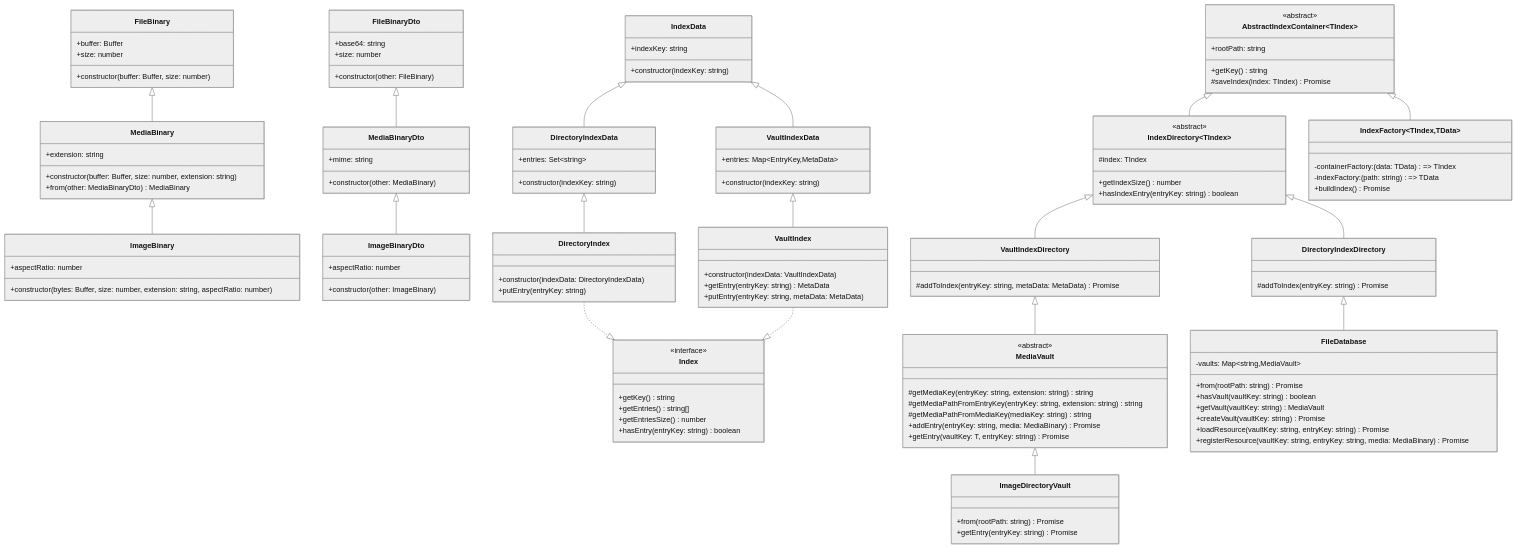
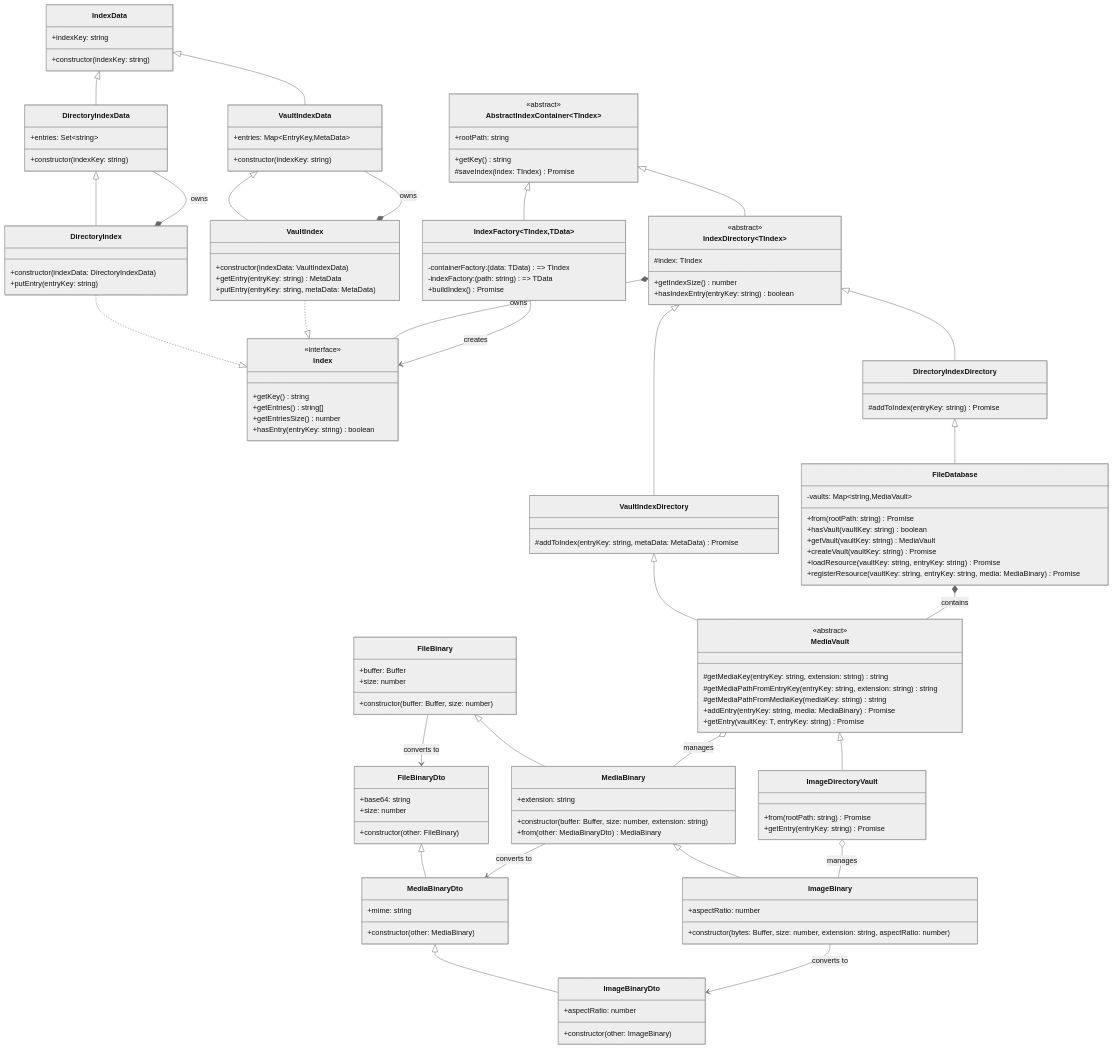
Before and after one commit to daniel-c-harvey/snailbird-content: the diagram in src/diagram.md, drawn with Mermaid (neutral theme). The commit also changed 12 other files, not shown here.

````diff
--- a/src/diagram.md
+++ b/src/diagram.md
@@ -126,7 +126,7 @@
         +registerResource(vaultKey: string, entryKey: string, media: MediaBinary) Promise
     }
 
-    %% Relationships
+    %% Inheritance Relationships (Existing)
     FileBinary <|-- MediaBinary
     MediaBinary <|-- ImageBinary
     FileBinaryDto <|-- MediaBinaryDto
@@ -148,4 +148,20 @@
     MediaVault <|-- ImageDirectoryVault
     
     DirectoryIndexDirectory <|-- FileDatabase
+
+    %% Composition Relationships (Strong "has-a")
+    FileDatabase *-- MediaVault : contains
+    IndexDirectory *-- Index : owns
+    DirectoryIndex *-- DirectoryIndexData : owns
+    VaultIndex *-- VaultIndexData : owns
+
+    %% Aggregation Relationships (Weak "has-a")
+    MediaVault o-- MediaBinary : manages
+    ImageDirectoryVault o-- ImageBinary : manages
+
+    %% Association Relationships (Uses)
+    FileBinary --> FileBinaryDto : converts to
+    MediaBinary --> MediaBinaryDto : converts to
+    ImageBinary --> ImageBinaryDto : converts to
+    IndexFactory --> Index : creates
 ```
````
